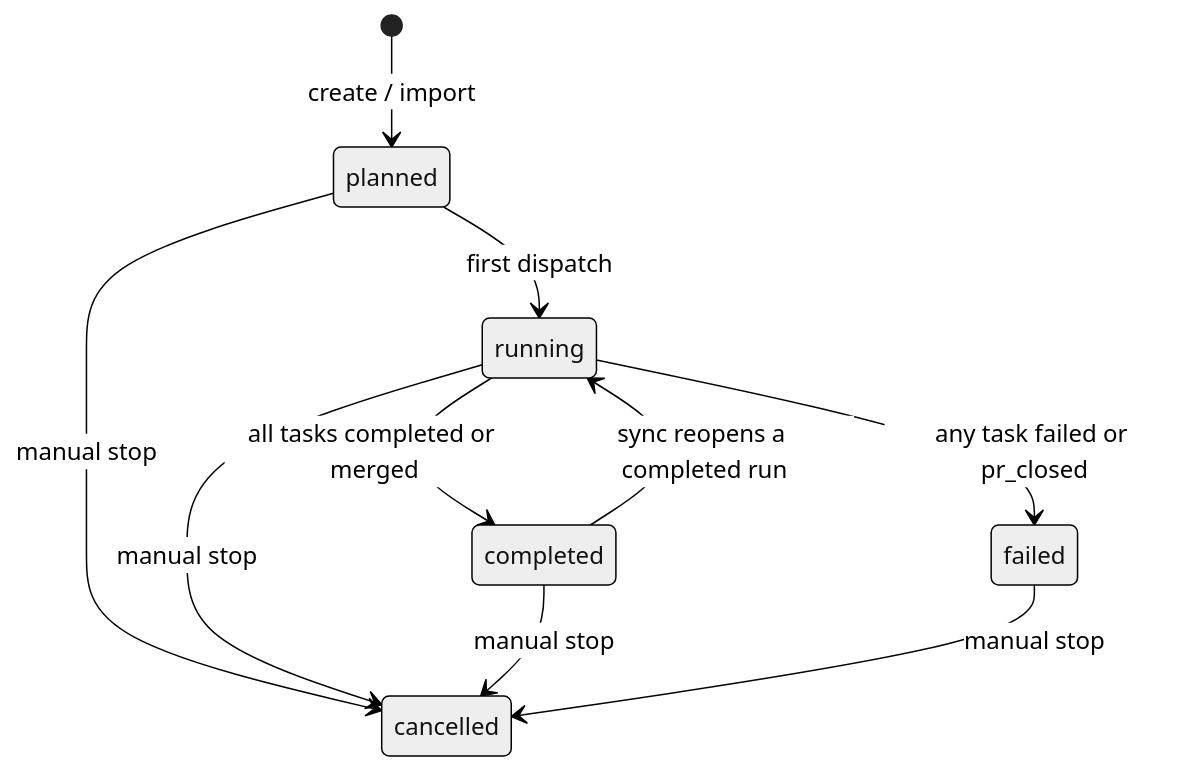
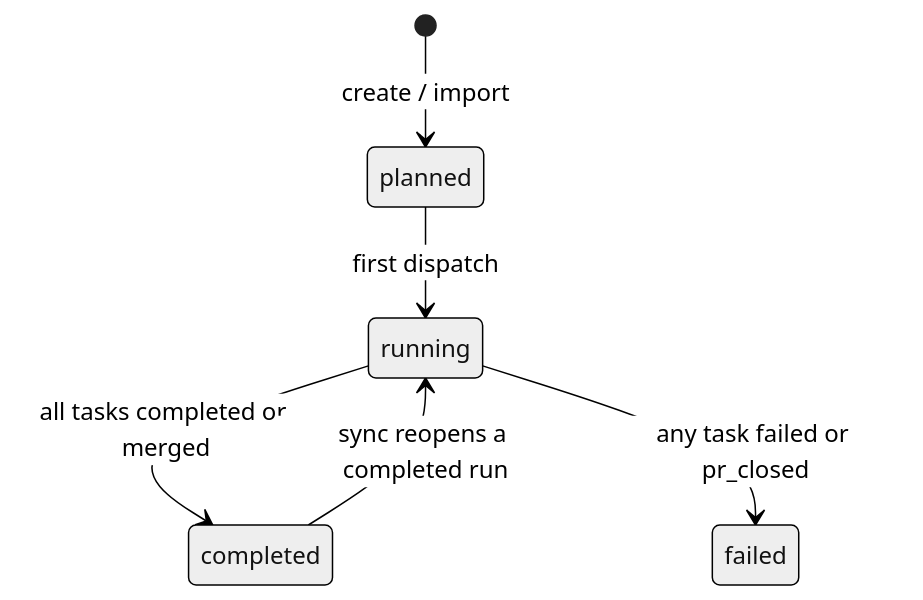
Before and after one commit to shipwebdotjp/jules-agent-orchestra: the first of 2 diagrams in README.md, drawn with Mermaid (neutral theme). The commit also changed other lines of this file, not shown here.

````diff
--- a/README.md
+++ b/README.md
@@ -110,12 +110,8 @@
 ```mermaid
 stateDiagram-v2
     [*] --> planned: create / import
     planned --> running: first dispatch
     running --> completed: all tasks completed or merged
     running --> failed: any task failed or pr_closed
     completed --> running: sync reopens a completed run
-    planned --> cancelled: manual stop
-    running --> cancelled: manual stop
-    completed --> cancelled: manual stop
-    failed --> cancelled: manual stop
 ```
````
